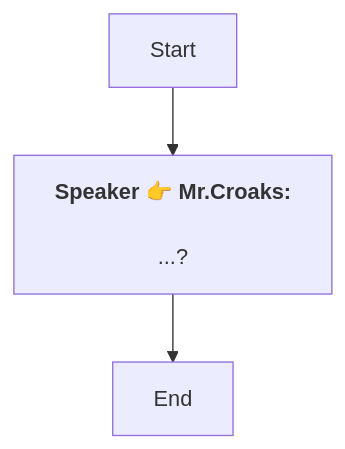
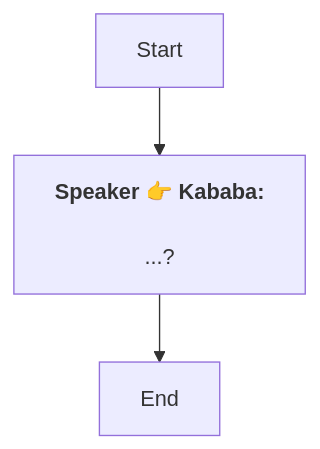
One commit to SoftHu/tos_avg changed the diagram in En/Dialog_55332907161185.md. Above: the diagram before and after it, drawn with Mermaid. The commit also changed 737 other files, not shown here.

````diff
--- a/En/Dialog_55332907161185.md
+++ b/En/Dialog_55332907161185.md
@@ -1,8 +1,7 @@
 ```mermaid
 graph
-Start -->1770653074080696[<b>Speaker 👉 Mr.Croaks:</b>
-
-...?]
+Start -->1770653074080696[<b>Speaker 👉 Kababa:</b>
+\n...?]
 1770653074080696 -->1770653072431031[End]
 
- ```
+```
````
